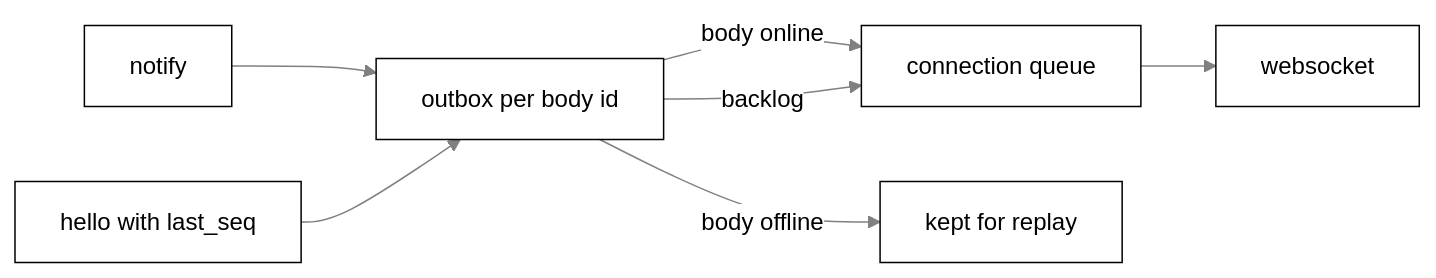
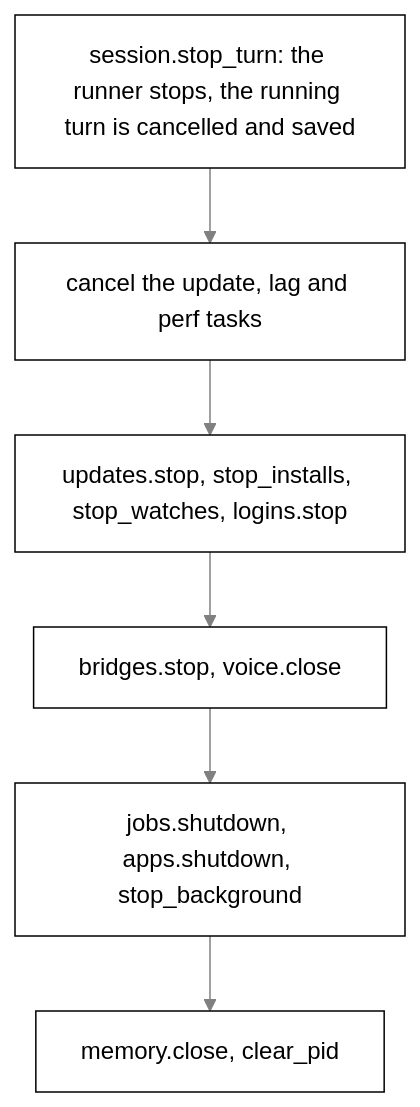
One commit to nadeem4/tagalong changed the third of 4 diagrams in docs/brain/README.md. Above: the diagram before and after it, drawn with Mermaid. The commit also changed other lines of this file and 9 other files, not shown here.

````diff
--- a/docs/brain/README.md
+++ b/docs/brain/README.md
@@ -202,10 +250,9 @@
 ```mermaid
-%%{init: {"theme": "base", "themeVariables": {"primaryColor": "#ffffff", "primaryTextColor": "#000000", "primaryBorderColor": "#000000", "lineColor": "#808080", "arrowheadColor": "#808080", "secondaryColor": "#f2f2f2", "tertiaryColor": "#ffffff", "clusterBkg": "#f7f7f7", "clusterBorder": "#808080", "edgeLabelBackground": "#ffffff", "titleColor": "#808080", "actorBkg": "#ffffff", "actorBorder": "#000000", "actorTextColor": "#000000", "actorLineColor": "#808080", "signalColor": "#808080", "signalTextColor": "#808080", "sequenceNumberColor": "#ffffff", "labelBoxBkgColor": "#ffffff", "labelBoxBorderColor": "#808080", "labelTextColor": "#000000", "loopTextColor": "#808080", "noteBkgColor": "#f7f7f7", "noteBorderColor": "#808080", "noteTextColor": "#000000", "activationBkgColor": "#f7f7f7", "activationBorderColor": "#808080", "fontFamily": "Segoe UI, Helvetica, Arial, sans-serif"}}}%%
-flowchart LR
-    N[notify] --> O[outbox per body id]
-    O -->|body online| W[connection queue]
-    O -->|body offline| K[kept for replay]
-    H[hello with last_seq] --> O
-    O -->|backlog| W
-    W --> S[websocket]
+%%{init: {"theme": "base", "themeVariables": {"primaryColor": "#ffffff", "primaryTextColor": "#000000", "primaryBorderColor": "#000000", "lineColor": "#808080", "arrowheadColor": "#808080", "secondaryColor": "#f2f2f2", "tertiaryColor": "#ffffff", "clusterBkg": "#f7f7f7", "clusterBorder": "#808080", "edgeLabelBackground": "#ffffff", "titleColor": "#808080", "actorBkg": "#ffffff", "actorBorder": "#000000", "actorTextColor": "#000000", "actorLineColor": "#808080", "signalColor": "#808080", "signalTextColor": "#808080", "sequenceNumberColor": "#ffffff", "labelBoxBkgColor": "#ffffff", "labelBoxBorderColor": "#808080", "labelTextColor": "#000000", "loopTextColor": "#808080", "noteBkgColor": "#f7f7f7", "noteBorderColor": "#808080", "noteTextColor": "#000000", "activationBkgColor": "#f7f7f7", "activationBorderColor": "#808080", "fontFamily": "Segoe UI, Helvetica, Arial, sans-serif"}, "themeCSS": ".relationshipLabelBox{opacity:1} .relationshipLabelBox rect{opacity:1}"}}%%
+flowchart TD
+  S1["session.stop_turn: the runner stops, the running turn is cancelled and saved"] --> S2["cancel the update, lag and perf tasks"]
+  S2 --> S3["updates.stop, stop_installs, stop_watches, logins.stop"]
+  S3 --> S4["bridges.stop, voice.close"]
+  S4 --> S5["jobs.shutdown, apps.shutdown, stop_background"]
+  S5 --> S6["memory.close, clear_pid"]
 ```
````
